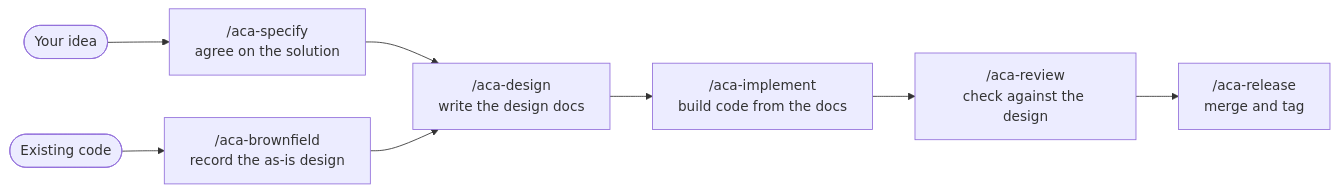
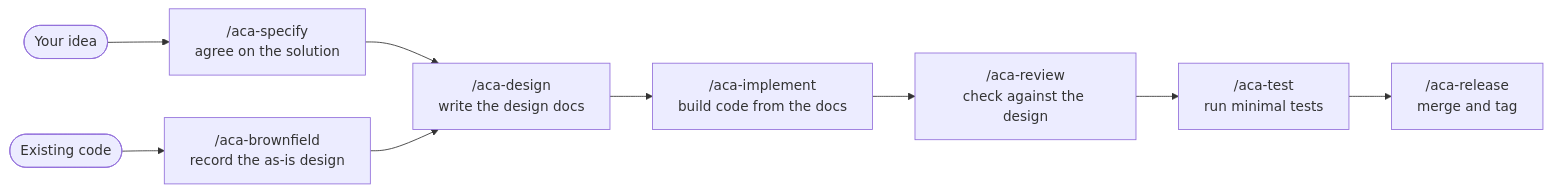
The diagram in README.md (ruozi/anyone-can-architect), drawn with Mermaid before and after one commit. The commit also changed other lines of this file and 116 other files, not shown here.

Commit message:
feat(aca-test): add independent test skill and decouple test execution from implement and review

````diff
--- a/README.md
+++ b/README.md
@@ -30,10 +30,11 @@
 ```mermaid
 flowchart LR
     Idea([Your idea]) --> Specify["/aca-specify<br>agree on the solution"]
     Existing([Existing code]) --> Brownfield["/aca-brownfield<br>record the as-is design"]
     Specify --> Design["/aca-design<br>write the design docs"]
     Brownfield --> Design
     Design --> Implement["/aca-implement<br>build code from the docs"]
     Implement --> Review["/aca-review<br>check against the design"]
-    Review --> Release["/aca-release<br>merge and tag"]
+    Review --> Test["/aca-test<br>run minimal tests"]
+    Test --> Release["/aca-release<br>merge and tag"]
 ```
````
